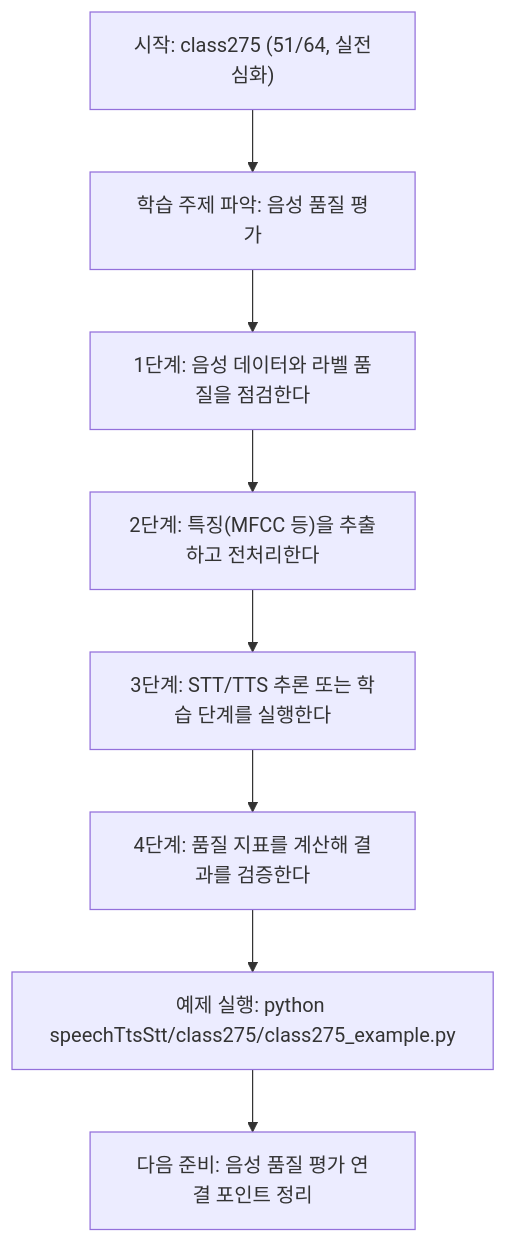
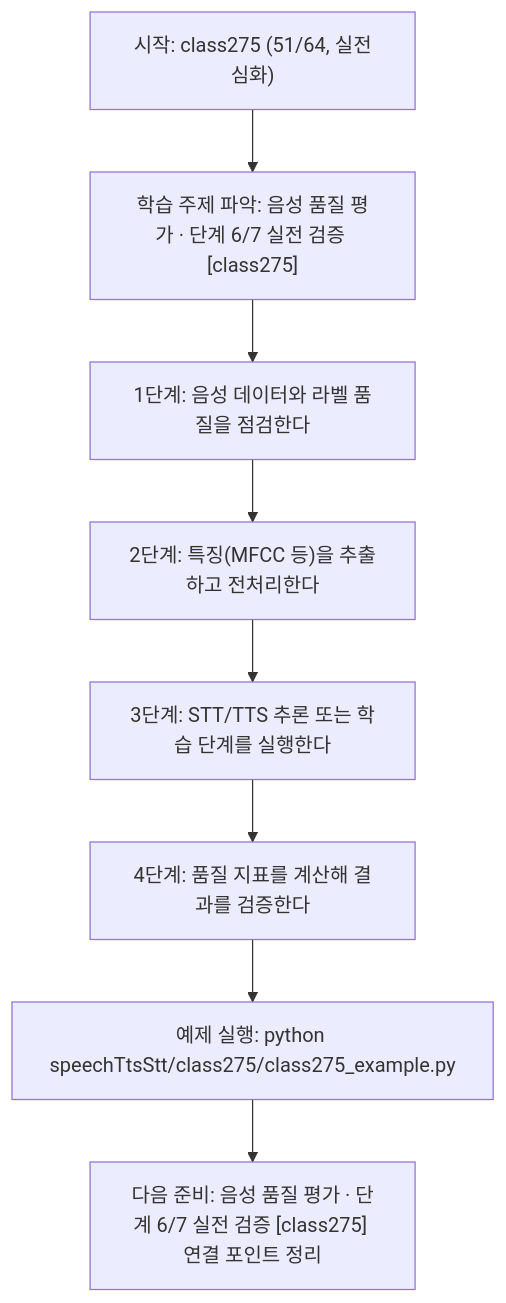
The diagram in speechTtsStt/class275/class275.md (edumgt/Python-AI_Agent-Class), drawn with Mermaid before and after one commit. The commit also changed other lines of this file and 522 other files, not shown here.

````diff
--- a/speechTtsStt/class275/class275.md
+++ b/speechTtsStt/class275/class275.md
@@ -113,18 +114,18 @@
 ```mermaid
 flowchart TD
 N1["시작: class275 (51/64, 실전심화)"]
-N2["학습 주제 파악: 음성 품질 평가"]
+N2["학습 주제 파악: 음성 품질 평가 · 단계 6/7 실전 검증 [class275]"]
 N3["1단계: 음성 데이터와 라벨 품질을 점검한다"]
 N4["2단계: 특징(MFCC 등)을 추출하고 전처리한다"]
 N5["3단계: STT/TTS 추론 또는 학습 단계를 실행한다"]
 N6["4단계: 품질 지표를 계산해 결과를 검증한다"]
 N7["예제 실행: python speechTtsStt/class275/class275_example.py"]
-N8["다음 준비: 음성 품질 평가 연결 포인트 정리"]
+N8["다음 준비: 음성 품질 평가 · 단계 6/7 실전 검증 [class275] 연결 포인트 정리"]
 N1 --> N2
 N2 --> N3
 N3 --> N4
 N4 --> N5
 N5 --> N6
 N6 --> N7
 N7 --> N8
 ```
````
